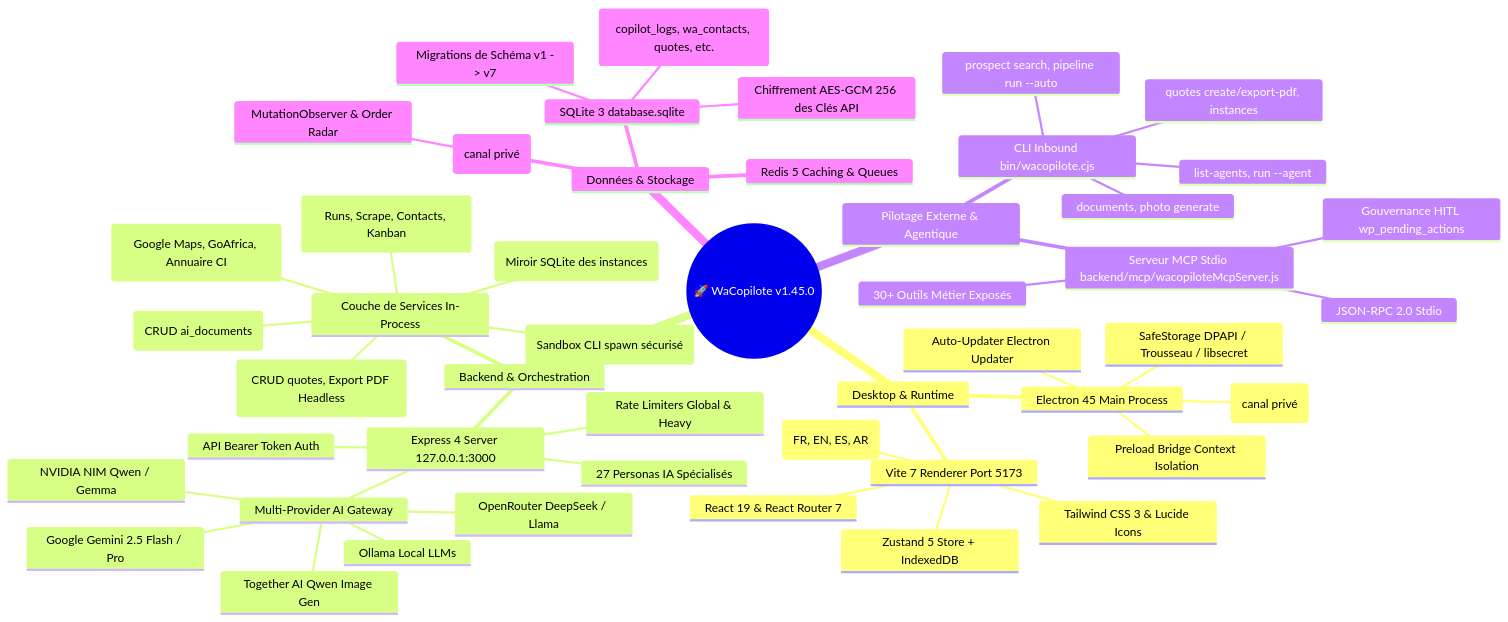
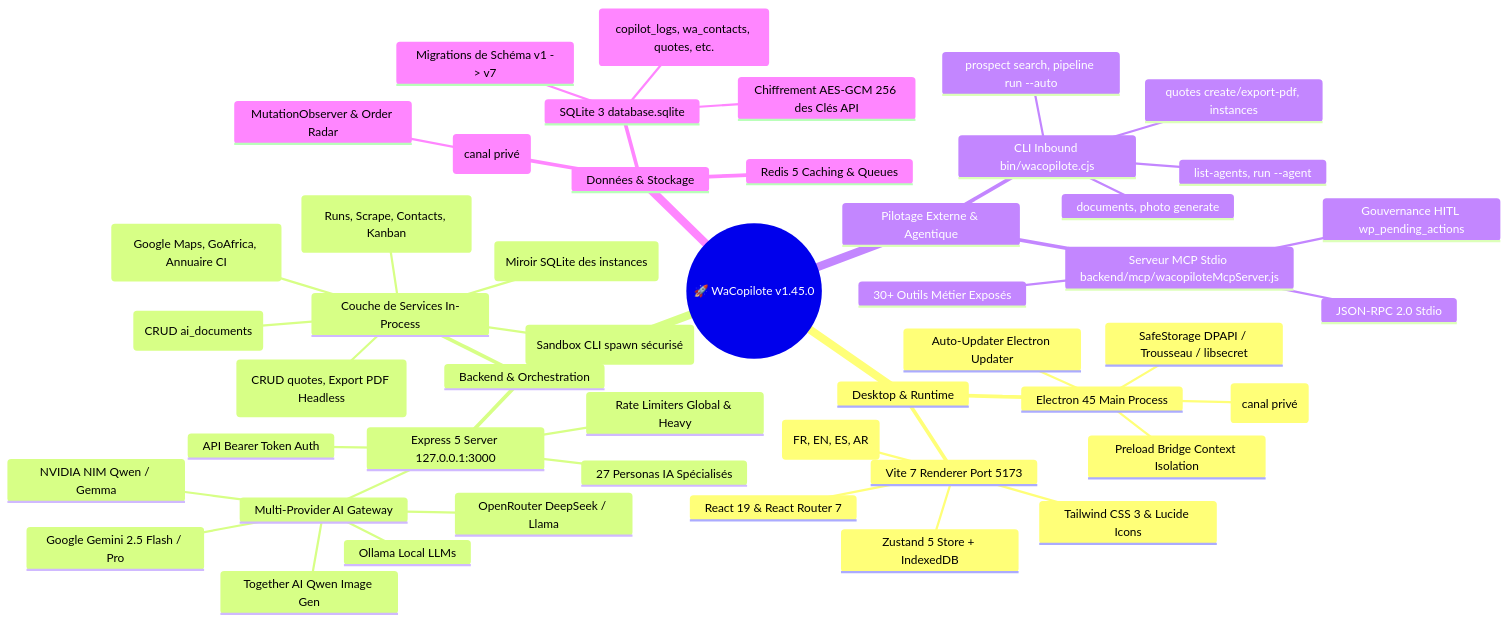
The first of 2 diagrams in whatsapp-ai-saas/docs/PROJECT_MENTAL_MAP.md (auceps-dev-team/lunar-nova), drawn with Mermaid before and after one commit. The commit also changed 15 other files, not shown here.

````diff
--- a/whatsapp-ai-saas/docs/PROJECT_MENTAL_MAP.md
+++ b/whatsapp-ai-saas/docs/PROJECT_MENTAL_MAP.md
@@ -10,51 +10,51 @@
 ```mermaid
 mindmap
   root((🚀 WaCopilote v1.45.0))
     Desktop & Runtime
       Electron 45 Main Process
         Pilote WhatsApp (canal privé)
         SafeStorage DPAPI / Trousseau / libsecret
         Auto-Updater Electron Updater
         Preload Bridge Context Isolation
       Vite 7 Renderer Port 5173
         React 19 & React Router 7
         Zustand 5 Store + IndexedDB
         i18n Multi-langues (FR, EN, ES, AR)
         Tailwind CSS 3 & Lucide Icons
     Backend & Orchestration
-      Express 4 Server 127.0.0.1:3000
+      Express 5 Server 127.0.0.1:3000
         API Bearer Token Auth
         Rate Limiters Global & Heavy
         Multi-Provider AI Gateway
           Google Gemini 2.5 Flash / Pro
           OpenRouter DeepSeek / Llama
           NVIDIA NIM Qwen / Gemma
           Together AI Qwen Image Gen
           Ollama Local LLMs
         27 Personas IA Spécialisés
       Couche de Services In-Process
         pipelineService (Runs, Scrape, Contacts, Kanban)
         prospectionService (Google Maps, GoAfrica, Annuaire CI)
         documentsService (CRUD ai_documents)
         invoiceService (CRUD quotes, Export PDF Headless)
         waInstancesService (Miroir SQLite des instances)
         externalAgentRunner (Sandbox CLI spawn sécurisé)
     Pilotage Externe & Agentique
       CLI Inbound bin/wacopilote.cjs
         list-agents, run --agent
         prospect search, pipeline run --auto
         documents, photo generate
         quotes create/export-pdf, instances
       Serveur MCP Stdio backend/mcp/wacopiloteMcpServer.js
         JSON-RPC 2.0 Stdio
         30+ Outils Métier Exposés
         Gouvernance HITL wp_pending_actions
     Données & Stockage
       SQLite 3 database.sqlite
         Migrations de Schéma v1 -> v7
         Chiffrement AES-GCM 256 des Clés API
         Tables (copilot_logs, wa_contacts, quotes, etc.)
       Redis 5 Caching & Queues
       Pilote WhatsApp Web (canal privé)
         MutationObserver & Order Radar
 ```
````
